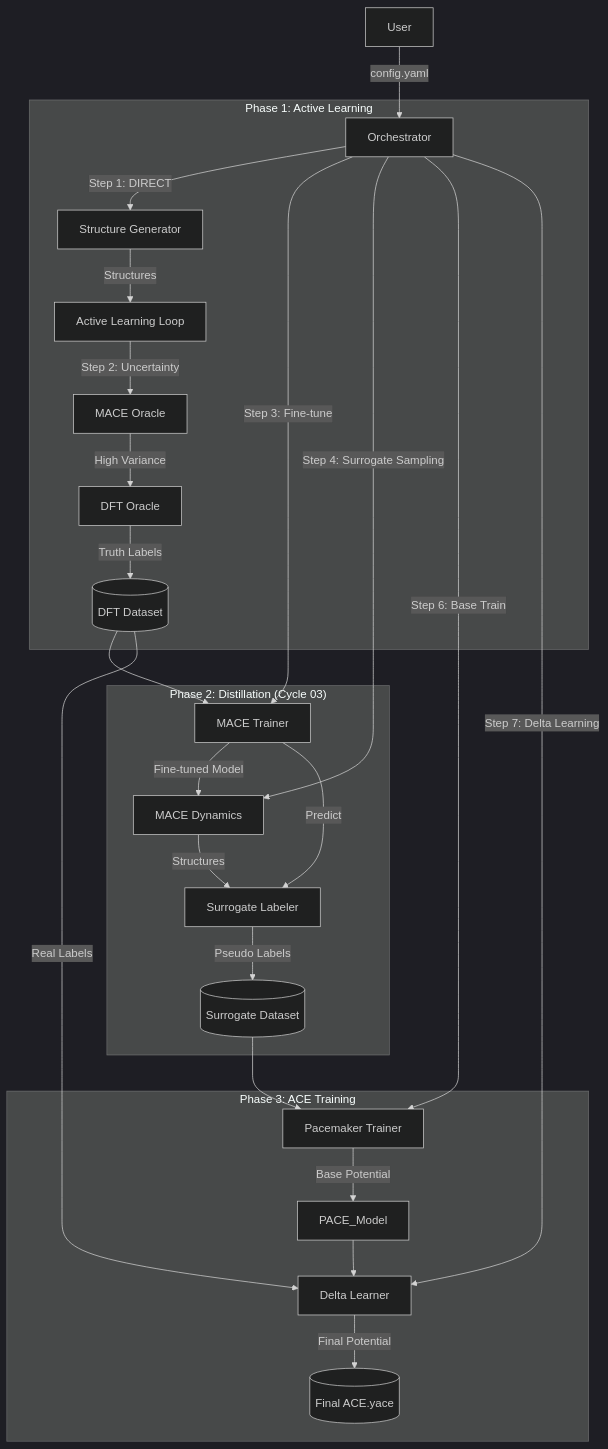
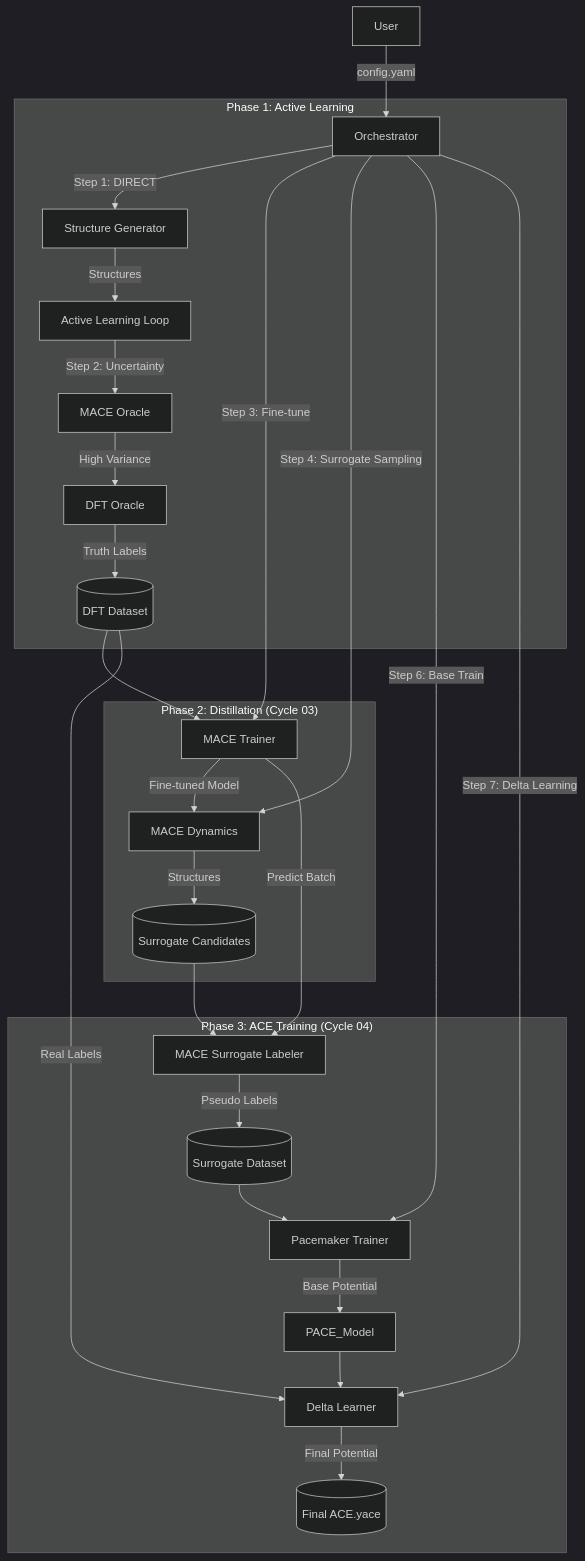
One commit to tsuyama1990/mlip_pipeline changed the diagram in README.md. Above: the diagram before and after it, drawn with Mermaid (dark theme). The commit also changed other lines of this file and 17 other files, not shown here.

First line of the commit message:
feat: Implement Cycle 04 Surrogate Labeling & Pacemaker Training

````diff
--- a/README.md
+++ b/README.md
@@ -30,33 +32,35 @@
 ```mermaid
 graph TD
     User[User] -->|config.yaml| Orch[Orchestrator]
 
     subgraph "Phase 1: Active Learning"
         Orch -->|Step 1: DIRECT| Gen[Structure Generator]
         Gen -->|Structures| AL[Active Learning Loop]
         AL -->|Step 2: Uncertainty| MACE_O[MACE Oracle]
         MACE_O -->|High Variance| DFT[DFT Oracle]
         DFT -->|Truth Labels| DB[(DFT Dataset)]
     end
 
     subgraph "Phase 2: Distillation (Cycle 03)"
         Orch -->|Step 3: Fine-tune| MACE_T[MACE Trainer]
         DB --> MACE_T
         MACE_T -->|Fine-tuned Model| MACE_MD[MACE Dynamics]
         Orch -->|Step 4: Surrogate Sampling| MACE_MD
-        MACE_MD -->|Structures| Label[Surrogate Labeler]
-        MACE_T -->|Predict| Label
-        Label -->|Pseudo Labels| S_DB[(Surrogate Dataset)]
+        MACE_MD -->|Structures| S_Unlabeled[(Surrogate Candidates)]
     end
 
-    subgraph "Phase 3: ACE Training"
+    subgraph "Phase 3: ACE Training (Cycle 04)"
+        S_Unlabeled --> Label[MACE Surrogate Labeler]
+        MACE_T -->|Predict Batch| Label
+        Label -->|Pseudo Labels| S_DB[(Surrogate Dataset)]
+
         Orch -->|Step 6: Base Train| PACE_T[Pacemaker Trainer]
         S_DB --> PACE_T
         PACE_T -->|Base Potential| PACE_Model
 
         Orch -->|Step 7: Delta Learning| Delta[Delta Learner]
         DB -->|Real Labels| Delta
         PACE_Model --> Delta
         Delta -->|Final Potential| Final_ACE[(Final ACE.yace)]
     end
 ```
````
